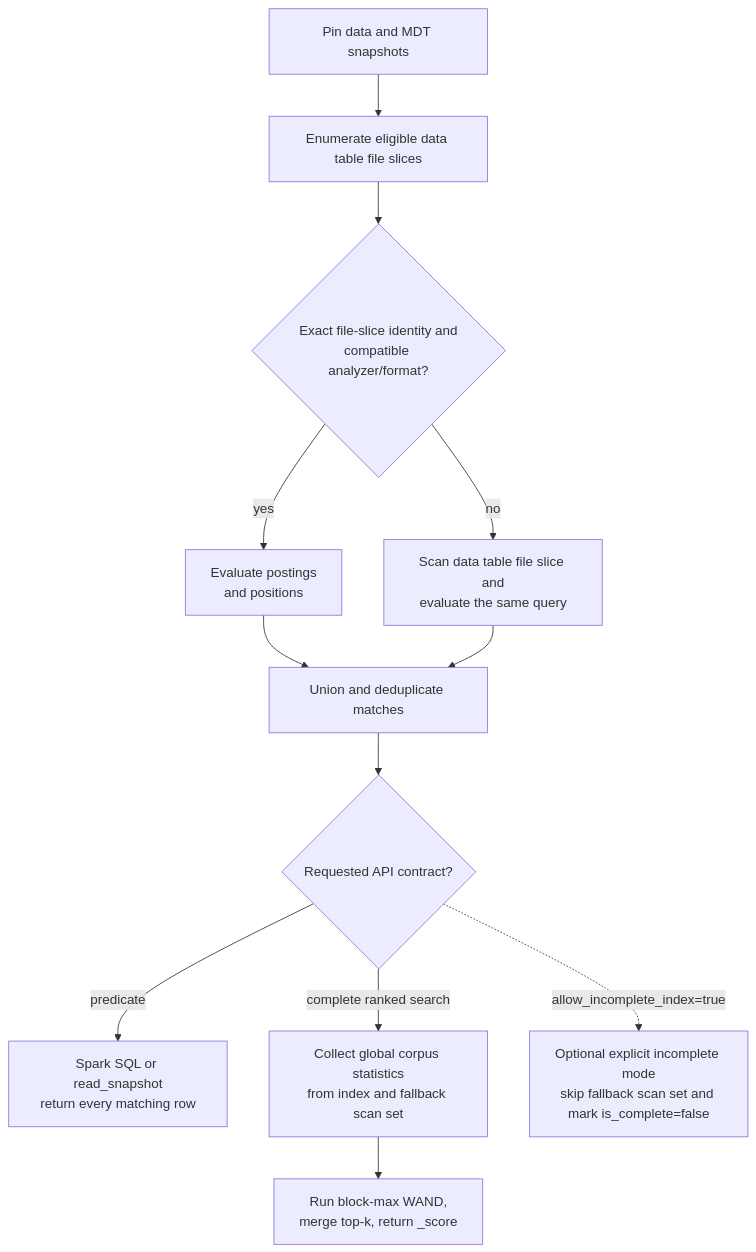
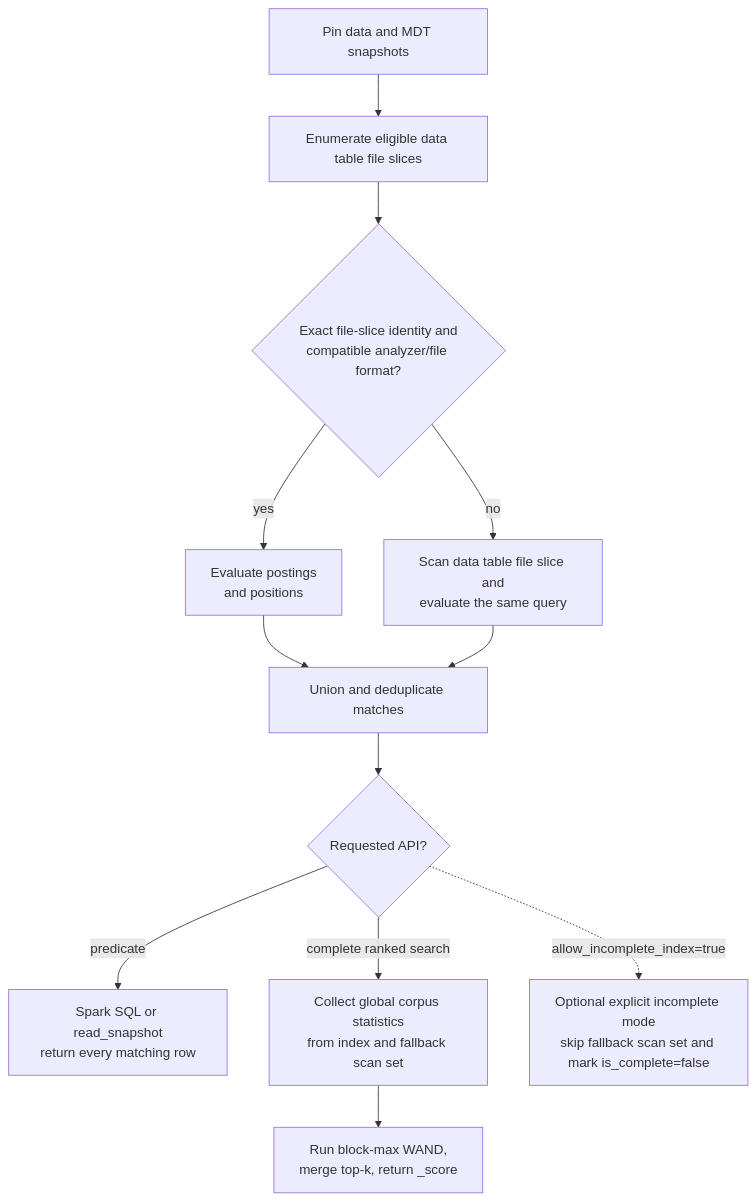
Before and after one commit to apache/hudi: the fourth of 4 diagrams in rfc/rfc-110/rfc-110.md, drawn with Mermaid. The commit also changed other lines of this file, not shown here.

Commit message:
docs: rewrite RFC-110 with Hudi-first architecture

````diff
--- a/rfc/rfc-110/rfc-110.md
+++ b/rfc/rfc-110/rfc-110.md
@@ -779,26 +776,26 @@
 ```mermaid
 flowchart TD
     START["Pin data and MDT snapshots"]
     ENUMERATE["Enumerate eligible data table file slices"]
-    COMPAT{"Exact file-slice identity and<br/>compatible analyzer/format?"}
+    COMPAT{"Exact file-slice identity and<br/>compatible analyzer/file format?"}
     POSTINGS["Evaluate postings<br/>and positions"]
     FALLBACK["Scan data table file slice and<br/>evaluate the same query"]
     MERGE["Union and deduplicate matches"]
-    CONTRACT{"Requested API contract?"}
+    API{"Requested API?"}
     SQL["Spark SQL or read_snapshot<br/>return every matching row"]
     STATS["Collect global corpus statistics<br/>from index and fallback scan set"]
     TOPK["Run block-max WAND,<br/>merge top-k, return _score"]
     INCOMPLETE["Optional explicit incomplete mode<br/>skip fallback scan set and mark is_complete=false"]
 
     START --> ENUMERATE
     ENUMERATE --> COMPAT
     COMPAT -->|"yes"| POSTINGS
     COMPAT -->|"no"| FALLBACK
     POSTINGS --> MERGE
     FALLBACK --> MERGE
-    MERGE --> CONTRACT
-    CONTRACT -->|"predicate"| SQL
-    CONTRACT -->|"complete ranked search"| STATS
+    MERGE --> API
+    API -->|"predicate"| SQL
+    API -->|"complete ranked search"| STATS
     STATS --> TOPK
-    CONTRACT -.->|"allow_incomplete_index=true"| INCOMPLETE
+    API -.->|"allow_incomplete_index=true"| INCOMPLETE
 ```
````
